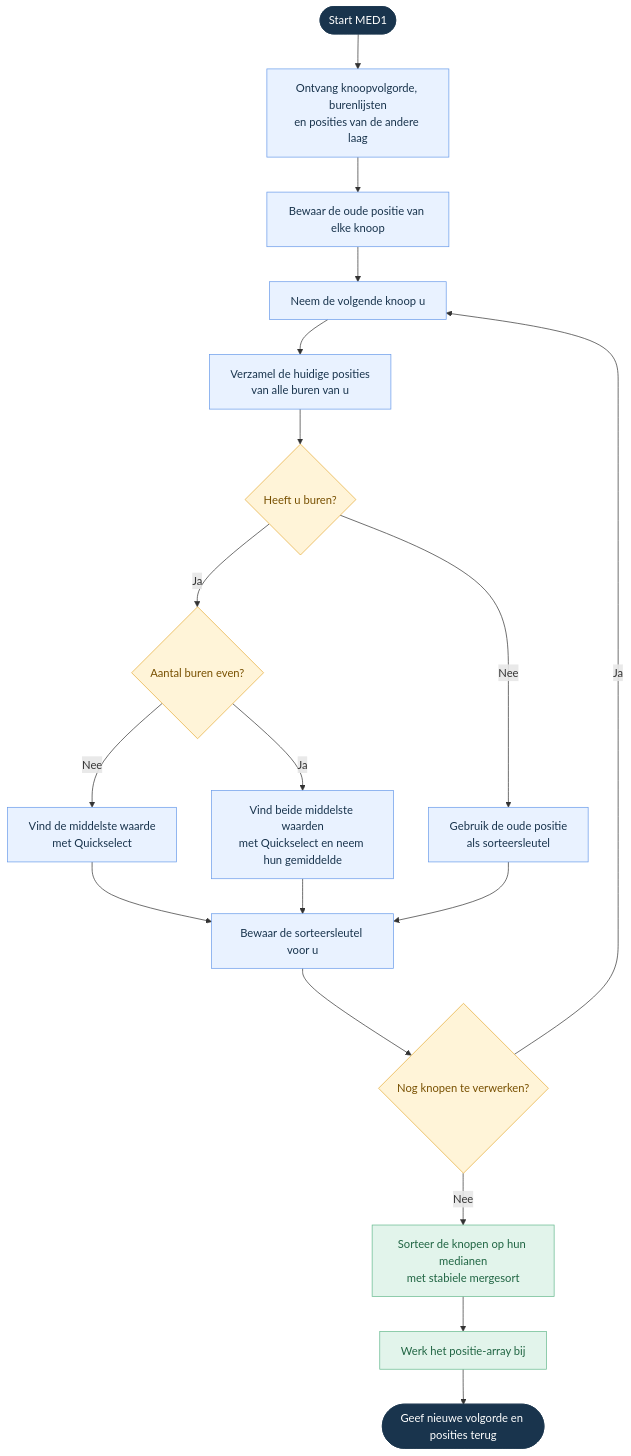
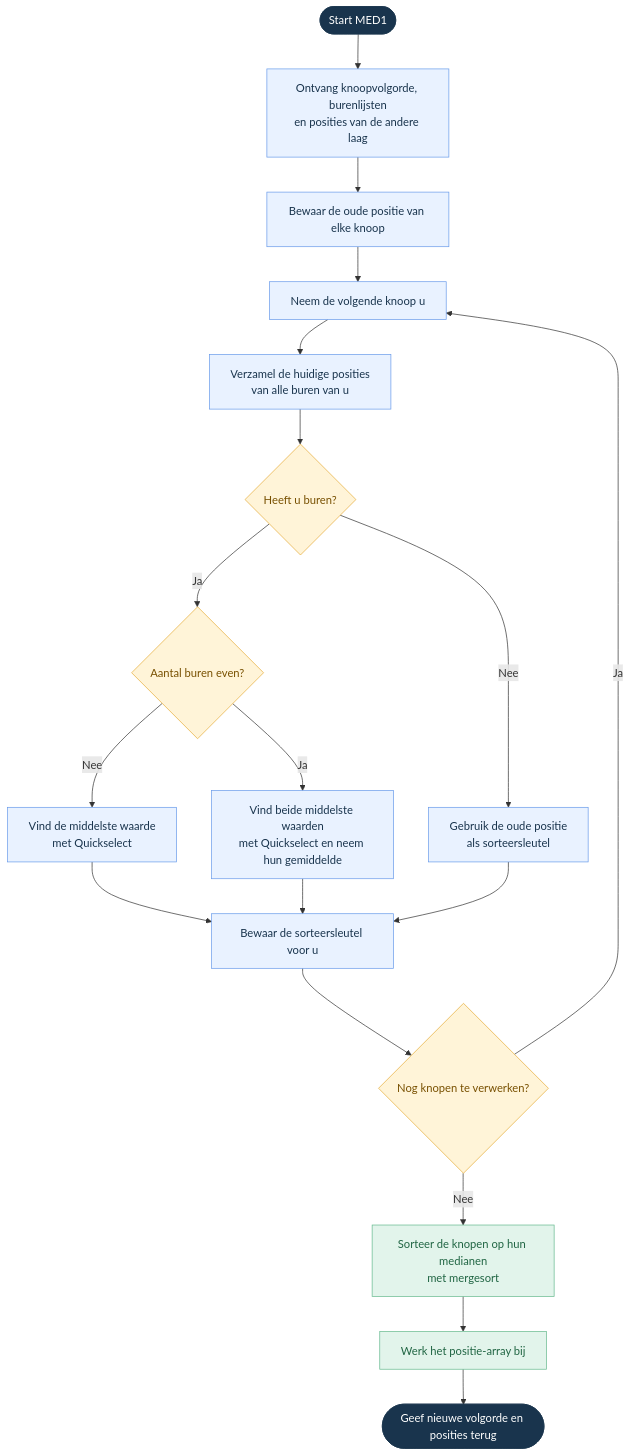
The first of 4 diagrams in README.md (Turie830/GegevensstructurenProject), drawn with Mermaid before and after one commit. The commit also changed other lines of this file, not shown here.

````diff
--- a/README.md
+++ b/README.md
@@ -32,34 +32,34 @@
 ```mermaid
 flowchart TD
     A([Start MED1]) --> B["Ontvang knoopvolgorde, burenlijsten<br/>en posities van de andere laag"]
     B --> C["Bewaar de oude positie van elke knoop"]
     C --> D["Neem de volgende knoop u"]
     D --> E["Verzamel de huidige posities<br/>van alle buren van u"]
     E --> F{"Heeft u buren?"}
 
     F -- Nee --> G["Gebruik de oude positie<br/>als sorteersleutel"]
     F -- Ja --> H{"Aantal buren even?"}
 
     H -- Nee --> I["Vind de middelste waarde<br/>met Quickselect"]
     H -- Ja --> J["Vind beide middelste waarden<br/>met Quickselect en neem hun gemiddelde"]
 
     I --> K["Bewaar de sorteersleutel voor u"]
     J --> K
     G --> K
 
     K --> L{"Nog knopen te verwerken?"}
     L -- Ja --> D
-    L -- Nee --> M["Sorteer de knopen op hun medianen<br/>met stabiele mergesort"]
+    L -- Nee --> M["Sorteer de knopen op hun medianen<br/>met mergesort"]
     M --> N["Werk het positie-array bij"]
     N --> O([Geef nieuwe volgorde en posities terug])
 
     classDef endpoint fill:#19344d,color:#fff,stroke:#19344d
     classDef process fill:#e9f2ff,stroke:#699bea,color:#19344d
     classDef decision fill:#fff4d8,stroke:#e5ad38,color:#785000
     classDef result fill:#e2f4eb,stroke:#65b98e,color:#206543
 
     class A,O endpoint
     class B,C,D,E,G,I,J,K process
     class F,H,L decision
     class M,N result
 ```
````
